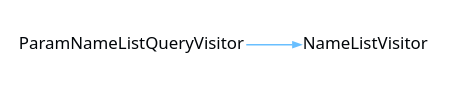
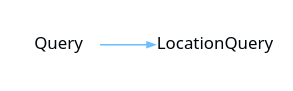
One commit to CharlesCarley/MdDox changed the diagram in Current/images/internal-diagram-42.dot. Above: the diagram before and after it, drawn with Graphviz. The commit also changed 834 other files, not shown here.

```diff
--- a/Current/images/internal-diagram-42.dot
+++ b/Current/images/internal-diagram-42.dot
@@ -1,26 +1,26 @@
 digraph {
  rankdir = "LR"
  bgcolor = none;
  layout  = dot;
  edge [
    arrowsize = "0.5"
    color     = "#69BFFFFF"
  ]
- dGtubES[
+ DItUMA2[
    shape    = none
-   label    = "ParamNameListQueryVisitor"
+   label    = "Query"
    margin   = "0.01"
    fontname = "Segoe UI"
    fontsize = "11"
    fontcolor= "#010509FF"
  ]
- WitubES[
+ Dc1UMA2[
    shape    = none
-   label    = "NameListVisitor"
+   label    = "LocationQuery"
    margin   = "0.01"
    fontname = "Segoe UI"
    fontsize = "11"
    fontcolor= "#010509FF"
  ]
- dGtubES->WitubES
+ DItUMA2->Dc1UMA2
 }
```
